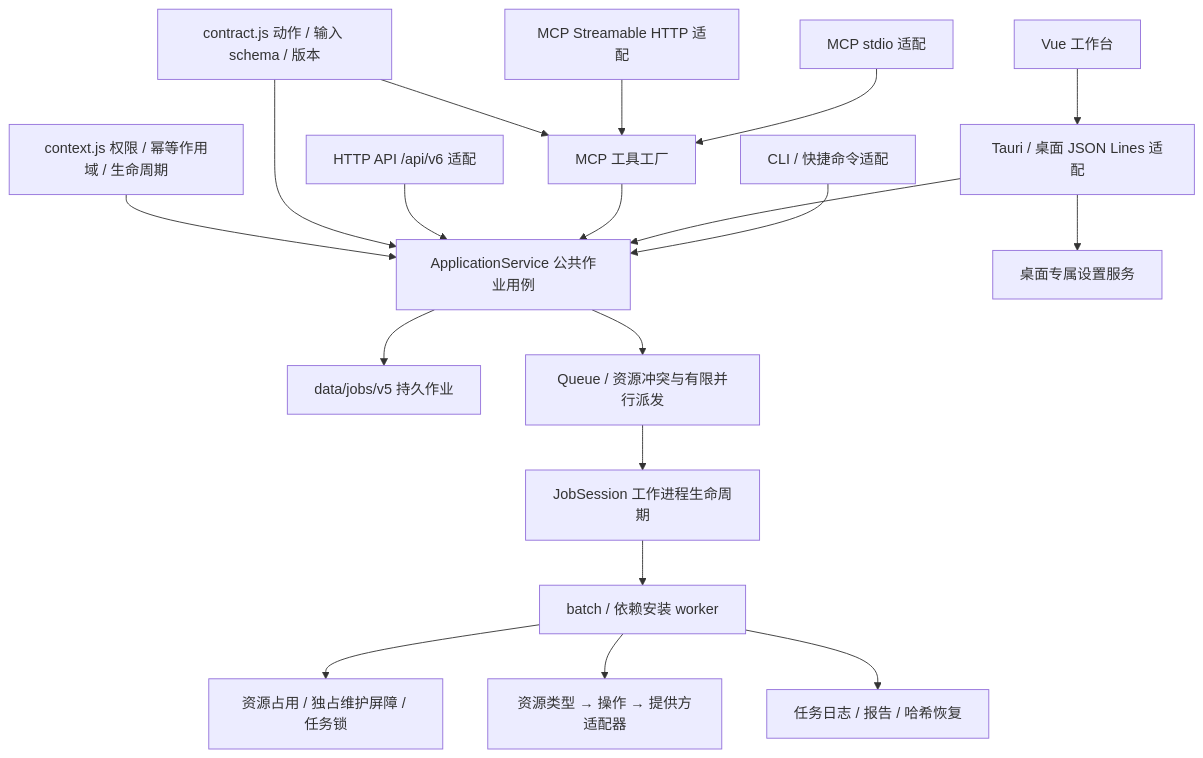
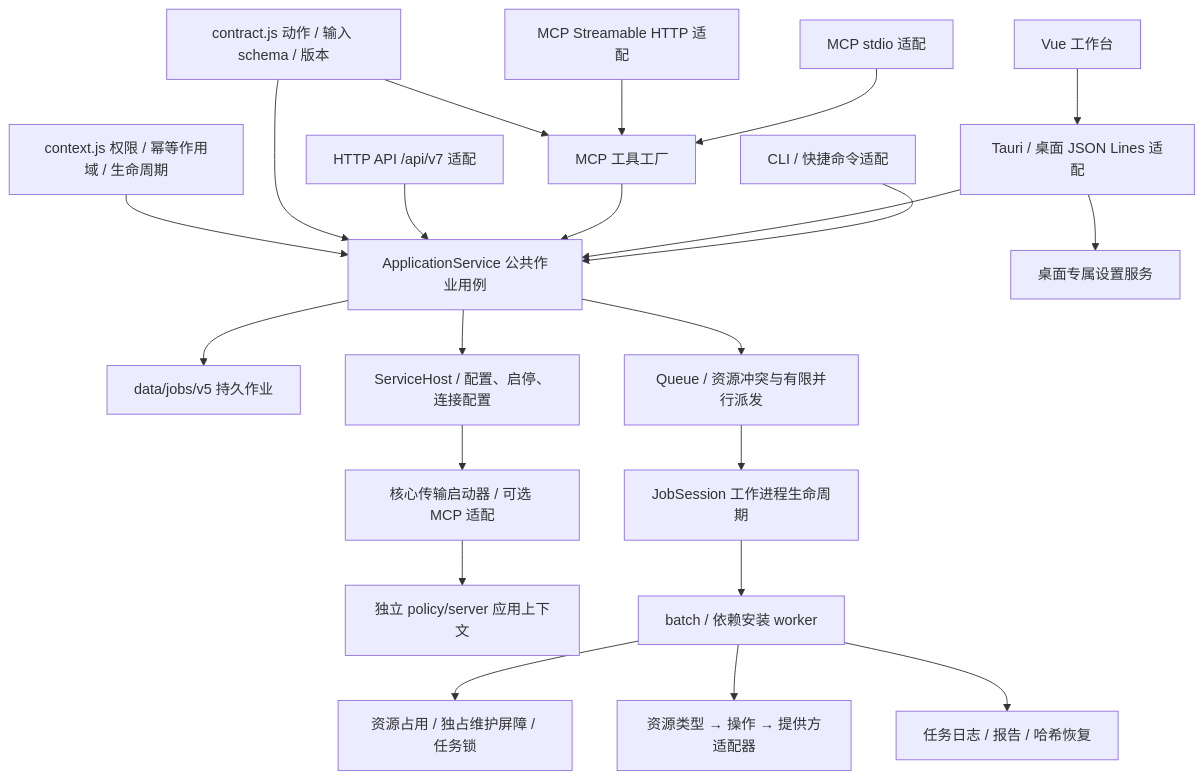
The diagram in docs/architecture/application.md (ISQIShI/AssetToolbox), drawn with Mermaid before and after one commit. The commit also changed other lines of this file and 52 other files, not shown here.

````diff
--- a/docs/architecture/application.md
+++ b/docs/architecture/application.md
@@ -7,21 +7,24 @@
 ```mermaid
 flowchart TD
     UI[Vue 工作台] --> Native[Tauri / 桌面 JSON Lines 适配]
     CLI[CLI / 快捷命令适配] --> App[ApplicationService 公共作业用例]
     Native --> App
     Stdio[MCP stdio 适配] --> Tools[MCP 工具工厂]
     Stream[MCP Streamable HTTP 适配] --> Tools
     Tools --> App
-    HTTP[HTTP API /api/v6 适配] --> App
+    HTTP[HTTP API /api/v7 适配] --> App
     Contract[contract.js 动作 / 输入 schema / 版本] --> App
     Contract --> Tools
     Context[context.js 权限 / 幂等作用域 / 生命周期] --> App
     App --> Store[data/jobs/v5 持久作业]
     App --> Queue[Queue / 资源冲突与有限并行派发]
+    App --> Services[ServiceHost / 配置、启停、连接配置]
+    Services --> Listener[核心传输启动器 / 可选 MCP 适配]
+    Listener --> ServerContext[独立 policy/server 应用上下文]
     Queue --> Session[JobSession 工作进程生命周期]
     Session --> Worker[batch / 依赖安装 worker]
     Worker --> Lock[资源占用 / 独占维护屏障 / 任务锁]
     Worker --> Engine[资源类型 → 操作 → 提供方适配器]
     Worker --> Recovery[任务日志 / 报告 / 哈希恢复]
     Native --> Settings[桌面专属设置服务]
 ```
````
